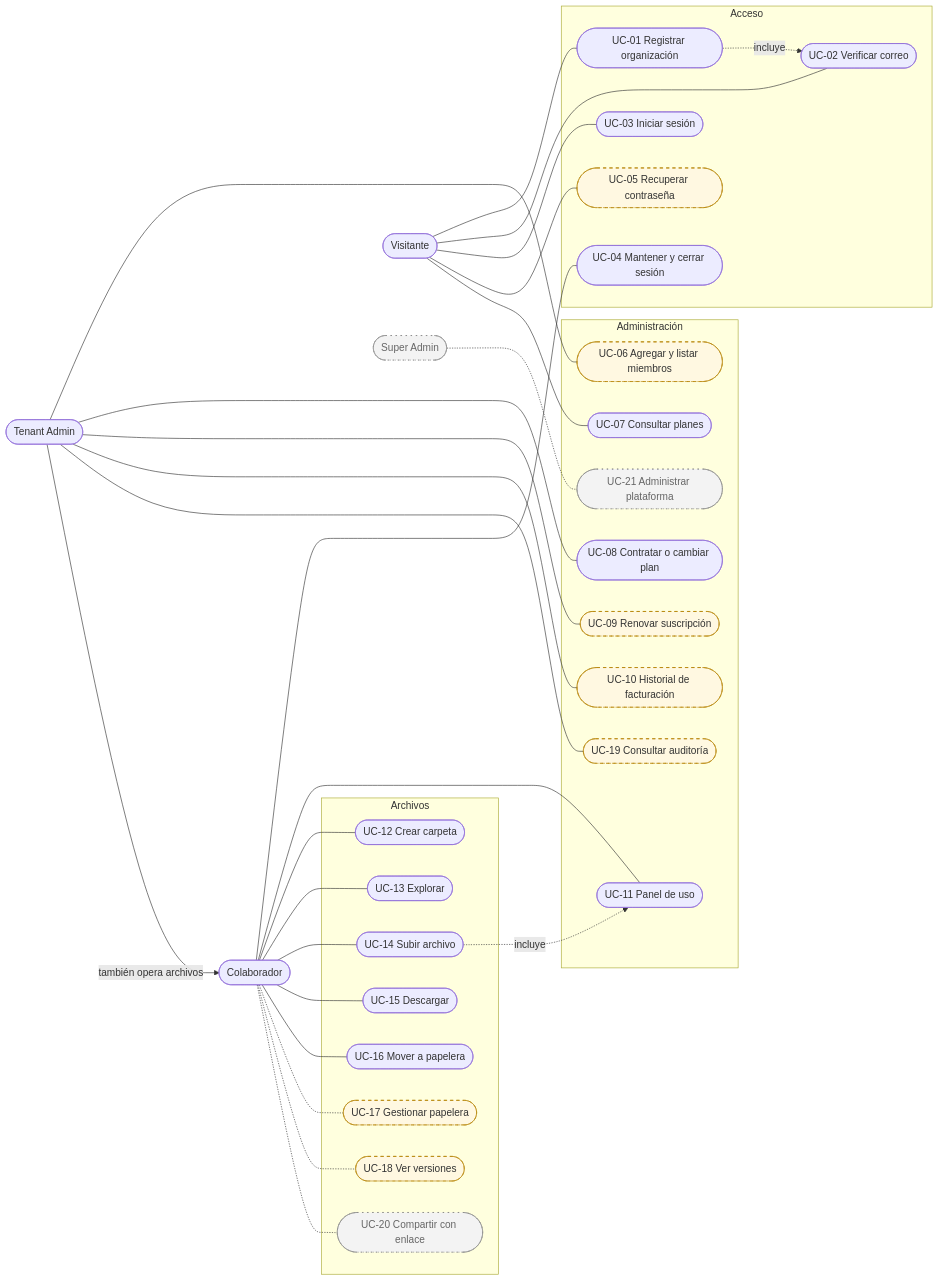
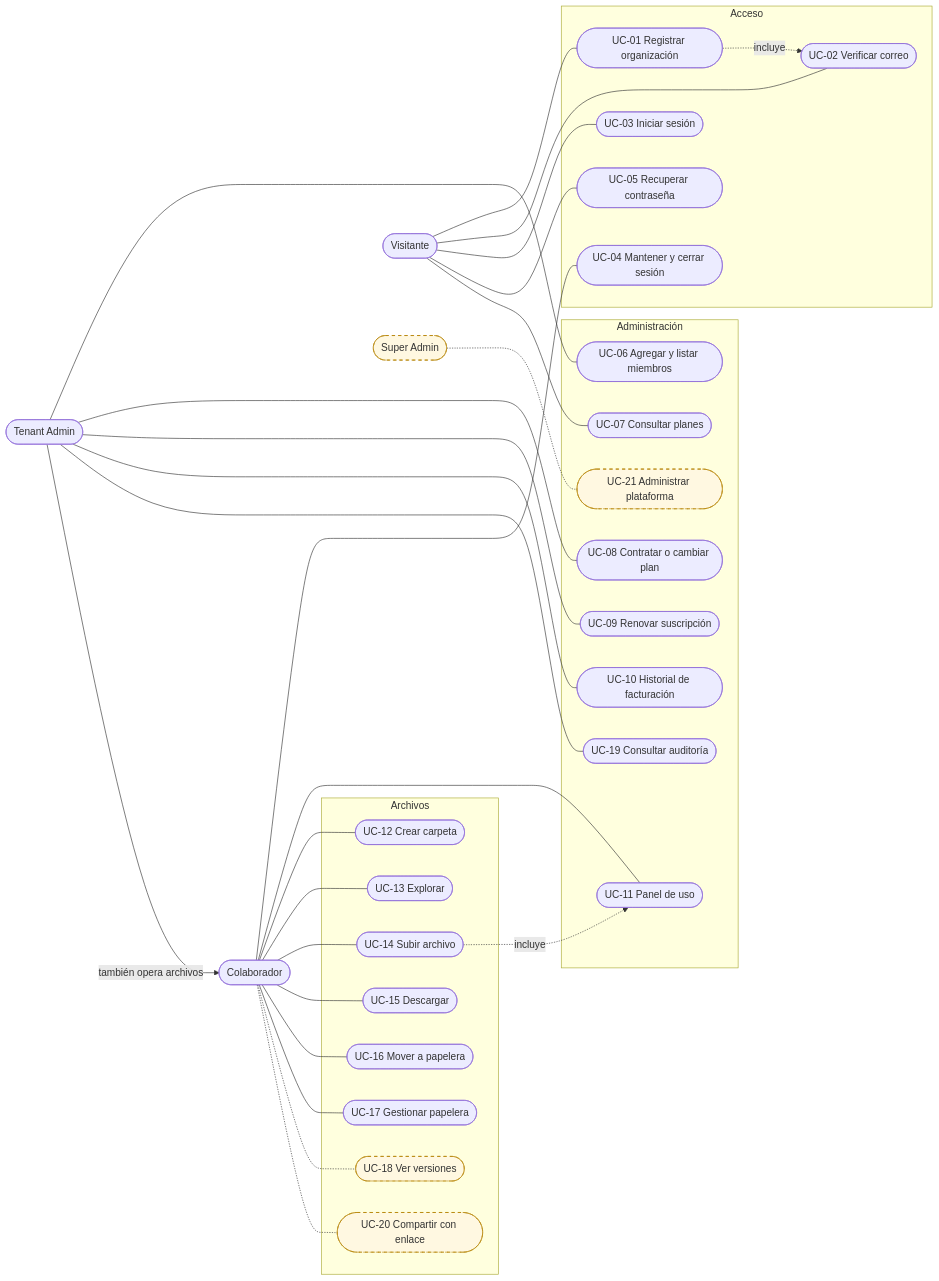
Before and after one commit to Victor-Chan-Morales/Nexus_Sistema_Almacenamiento_Seguro: the first of 13 diagrams in docs/entregables/DIAGRAMAS_UML.md, drawn with Mermaid. The commit also changed other lines of this file and 39 other files, not shown here.

````diff
--- a/docs/entregables/DIAGRAMAS_UML.md
+++ b/docs/entregables/DIAGRAMAS_UML.md
@@ -25,66 +25,65 @@
 ```mermaid
 flowchart LR
   V(["Visitante"])
   C(["Colaborador"])
   A(["Tenant Admin"])
   S(["Super Admin"])
 
   subgraph Acceso
     UC01(["UC-01 Registrar organización"])
     UC02(["UC-02 Verificar correo"])
     UC03(["UC-03 Iniciar sesión"])
     UC04(["UC-04 Mantener y cerrar sesión"])
     UC05(["UC-05 Recuperar contraseña"])
   end
   subgraph Archivos
     UC12(["UC-12 Crear carpeta"])
     UC13(["UC-13 Explorar"])
     UC14(["UC-14 Subir archivo"])
     UC15(["UC-15 Descargar"])
     UC16(["UC-16 Mover a papelera"])
     UC17(["UC-17 Gestionar papelera"])
     UC18(["UC-18 Ver versiones"])
     UC20(["UC-20 Compartir con enlace"])
   end
   subgraph Administración
     UC06(["UC-06 Agregar y listar miembros"])
     UC07(["UC-07 Consultar planes"])
     UC08(["UC-08 Contratar o cambiar plan"])
     UC09(["UC-09 Renovar suscripción"])
     UC10(["UC-10 Historial de facturación"])
     UC11(["UC-11 Panel de uso"])
     UC19(["UC-19 Consultar auditoría"])
     UC21(["UC-21 Administrar plataforma"])
   end
 
   V --- UC01
   V --- UC02
   V --- UC03
   V --- UC05
   V --- UC07
   C --- UC04
   C --- UC11
   C --- UC12
   C --- UC13
   C --- UC14
   C --- UC15
   C --- UC16
-  C -.- UC17
+  C --- UC17
   C -.- UC18
   C -.- UC20
   A --- UC06
   A --- UC08
   A --- UC09
   A --- UC10
   A --- UC19
   A -->|"también opera archivos"| C
   S -.- UC21
 
   UC14 -. "incluye" .-> UC11
   UC01 -. "incluye" .-> UC02
 
   classDef planned stroke-dasharray: 5 5,fill:#fff8e1,stroke:#b8860b;
   classDef out stroke-dasharray: 2 6,fill:#f3f3f3,stroke:#888,color:#666;
-  class UC05,UC06,UC09,UC10,UC19,UC17,UC18 planned;
-  class UC20,UC21,S out;
+  class UC18,UC20,UC21,S planned;
 ```
````
